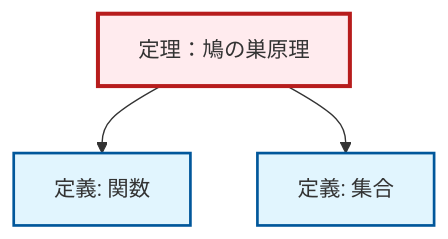
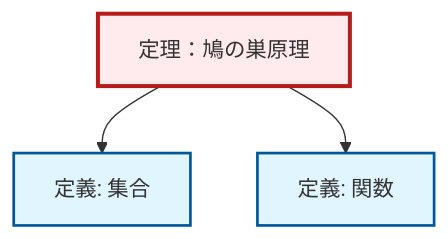
The diagram in output/mermaid/ja/thm-pigeonhole-principle.mermaid (RK0429/ModernMath), drawn with Mermaid before and after one commit. The commit also changed other lines of this file and 3098 other files, not shown here.

```diff
--- a/output/mermaid/ja/thm-pigeonhole-principle.mermaid
+++ b/output/mermaid/ja/thm-pigeonhole-principle.mermaid
@@ -1,13 +1,13 @@
 %%| fig-cap: "Local dependency graph"
 graph TD
     classDef definition fill:#e1f5fe,stroke:#01579b,stroke-width:2px
     classDef theorem fill:#f3e5f5,stroke:#4a148c,stroke-width:2px
     classDef axiom fill:#fff3e0,stroke:#e65100,stroke-width:2px
     classDef example fill:#e8f5e9,stroke:#1b5e20,stroke-width:2px
     classDef current fill:#ffebee,stroke:#b71c1c,stroke-width:3px
+    def-function["定義: 関数"]:::definition
     thm-pigeonhole-principle["定理：鳩の巣原理"]:::theorem
-    def-function["定義: 関数"]:::definition
     def-set["定義: 集合"]:::definition
+    thm-pigeonhole-principle --> def-set
     thm-pigeonhole-principle --> def-function
-    thm-pigeonhole-principle --> def-set
     class thm-pigeonhole-principle current
```
